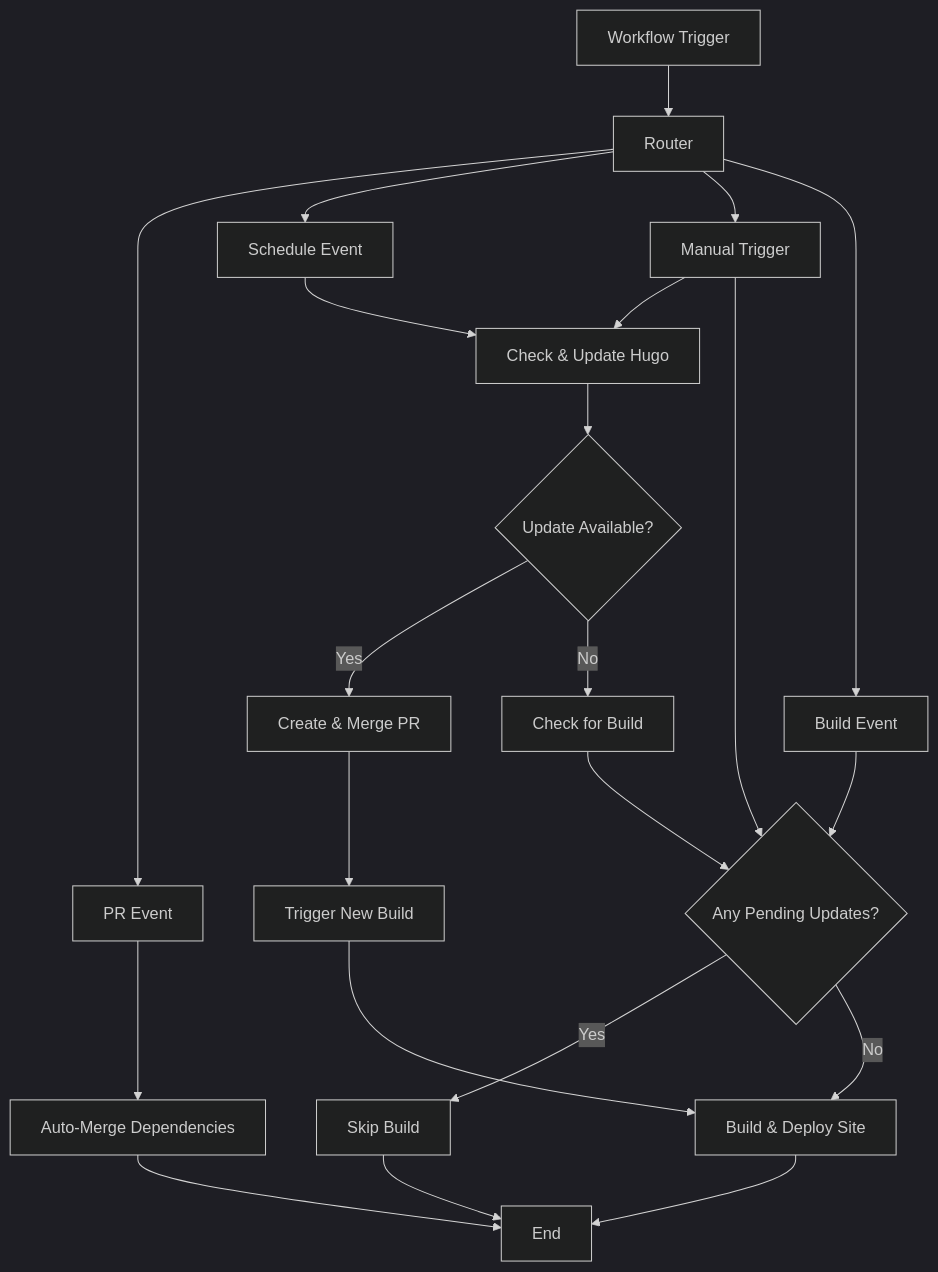
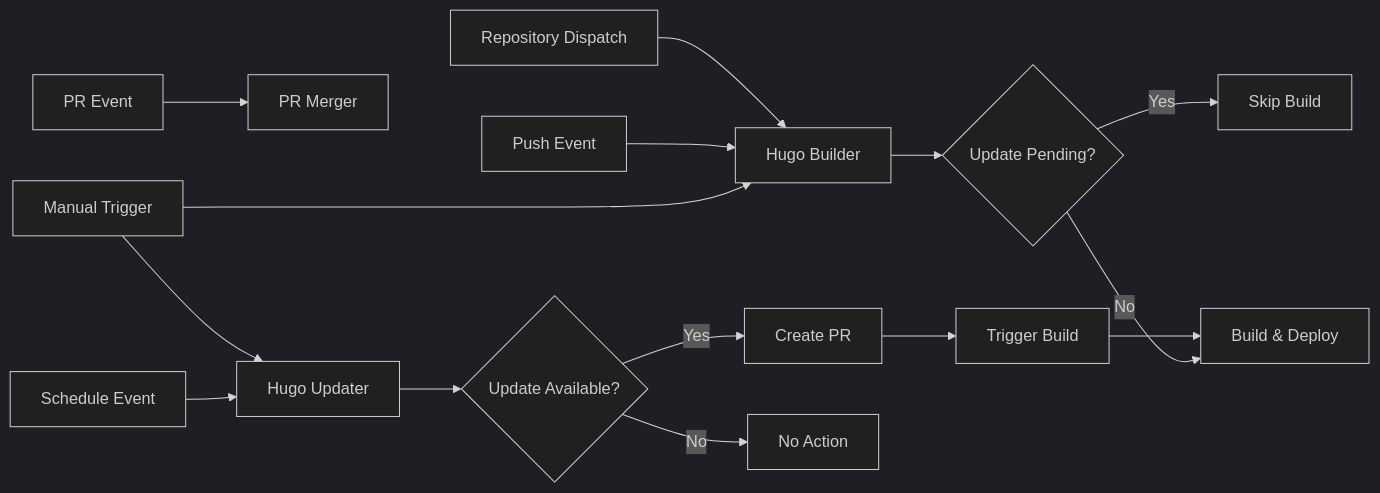
The diagram in README.md (chriopter/hugo-autopilot), drawn with Mermaid (dark theme) before and after one commit.

Commit message:
Small commit

````diff
--- a/README.md
+++ b/README.md
@@ -16,32 +16,21 @@
 ```mermaid
-flowchart TD
-    Start[Workflow Trigger] --> Router[Router]
+flowchart LR
+    %% Event triggers
+    PR[PR Event] --> PRMerger[PR Merger]
+    Schedule[Schedule Event] --> Updater[Hugo Updater]
+    Manual[Manual Trigger] --> Updater & Builder
+    Push[Push Event] --> Builder[Hugo Builder]
+    Dispatch[Repository Dispatch] --> Builder
     
-    Router --> PR[PR Event]
-    Router --> Schedule[Schedule Event]
-    Router --> Manual[Manual Trigger]
-    Router --> Build[Build Event]
+    %% Hugo Updater workflow
+    Updater --> UpdateCheck{Update Available?}
+    UpdateCheck -->|Yes| CreatePR[Create PR]
+    UpdateCheck -->|No| NoAction[No Action]
+    CreatePR --> TriggerBuild[Trigger Build]
     
-    PR --> Automerge[Auto-Merge Dependencies]
-    Schedule --> UpdateCheck[Check & Update Hugo]
-    Manual --> UpdateCheck
-    
-    UpdateCheck --> NeedsUpdate{Update Available?}
-    NeedsUpdate -->|Yes| CreatePR[Create & Merge PR]
-    NeedsUpdate -->|No| BuildCheck[Check for Build]
-    
-    CreatePR --> TriggerBuild[Trigger New Build]
-    
-    BuildCheck --> CheckPending{Any Pending Updates?}
-    Build --> CheckPending
-    Manual --> CheckPending
-    
-    CheckPending -->|Yes| Skip[Skip Build]
-    CheckPending -->|No| BuildSite[Build & Deploy Site]
-    
-    TriggerBuild --> BuildSite
-    
-    Automerge --> End[End]
-    Skip --> End
-    BuildSite --> End
+    %% Hugo Builder workflow
+    Builder --> SafetyCheck{Update Pending?}
+    SafetyCheck -->|Yes| Skip[Skip Build]
+    SafetyCheck -->|No| Build[Build & Deploy]
+    TriggerBuild --> Build
 ```
````
